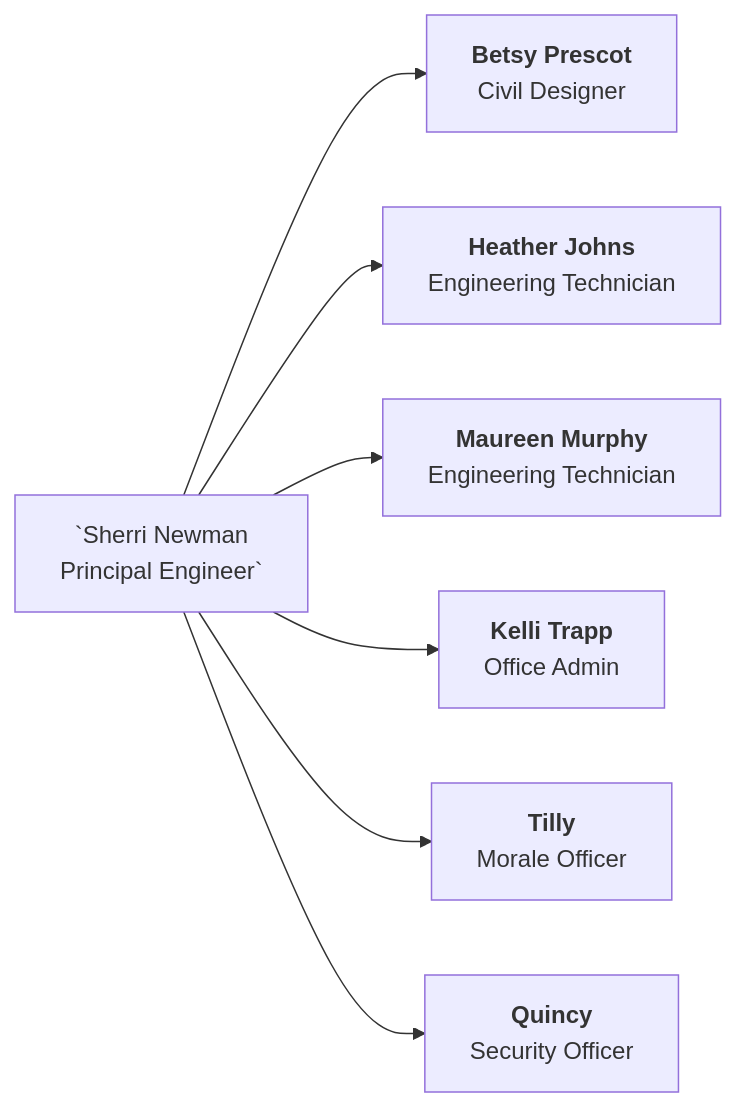
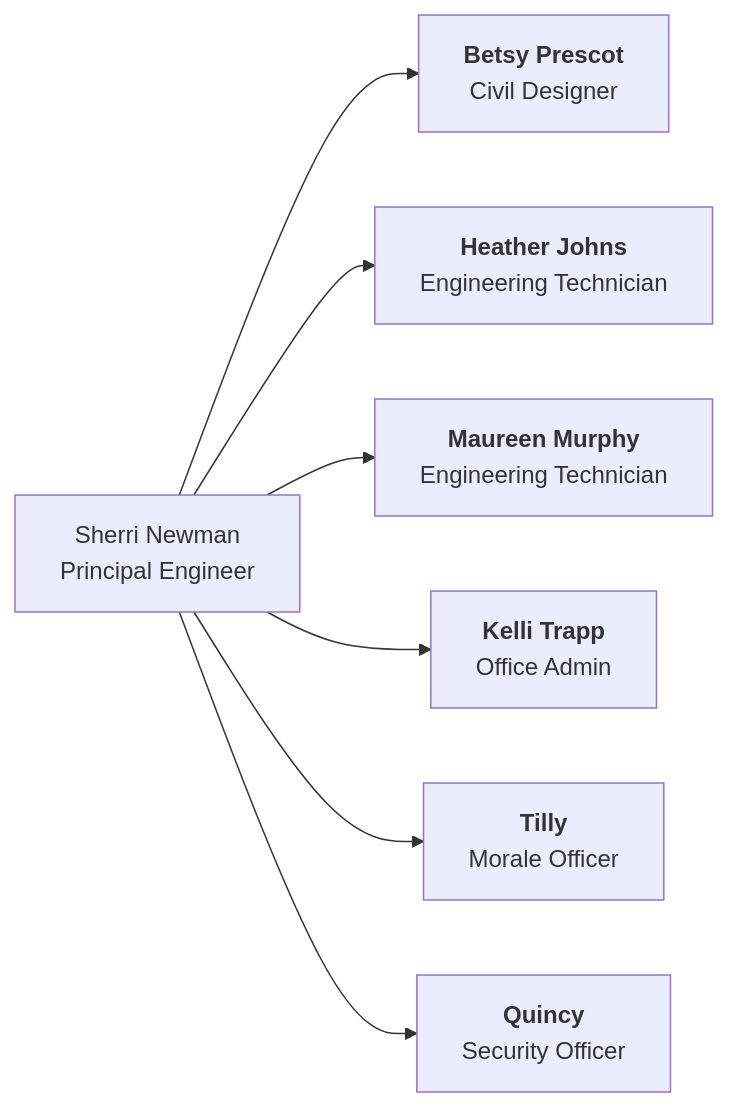
Before and after one commit to sandcassociates/knowledge-base: the diagram in docs/org-chart.md, drawn with Mermaid.

````diff
--- a/docs/org-chart.md
+++ b/docs/org-chart.md
@@ -10,17 +10,17 @@
 ```mermaid
    graph LR;
-  A[`Sherri Newman
-    Principal Engineer`];
+  A["Sherri Newman
+    Principal Engineer"];
     A -->B["`**Betsy Prescot**
     Civil Designer`"];
     A -->C["`**Heather Johns**
     Engineering Technician`"];
     A -->D["`**Maureen Murphy**
     Engineering Technician`"];
     A -->E["`**Kelli Trapp**
     Office Admin`"];
     A -->F["`**Tilly**
     Morale Officer`"];
     A -->G["`**Quincy**
     Security Officer`"];
 ```
````
